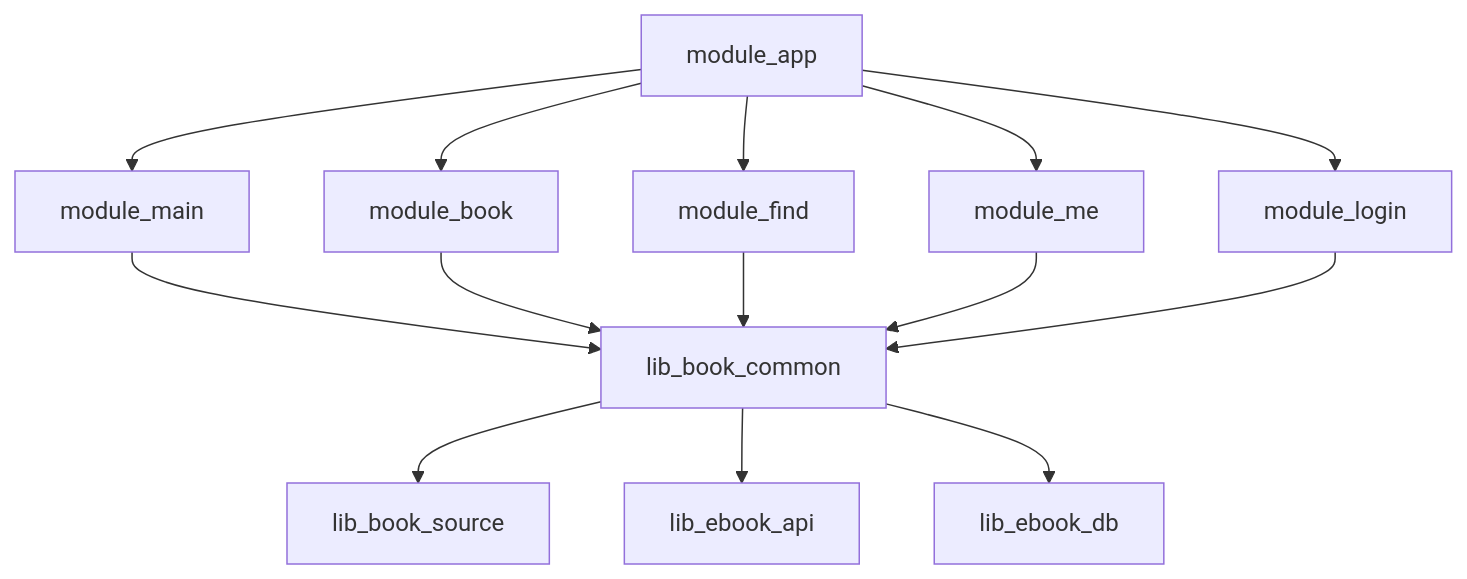
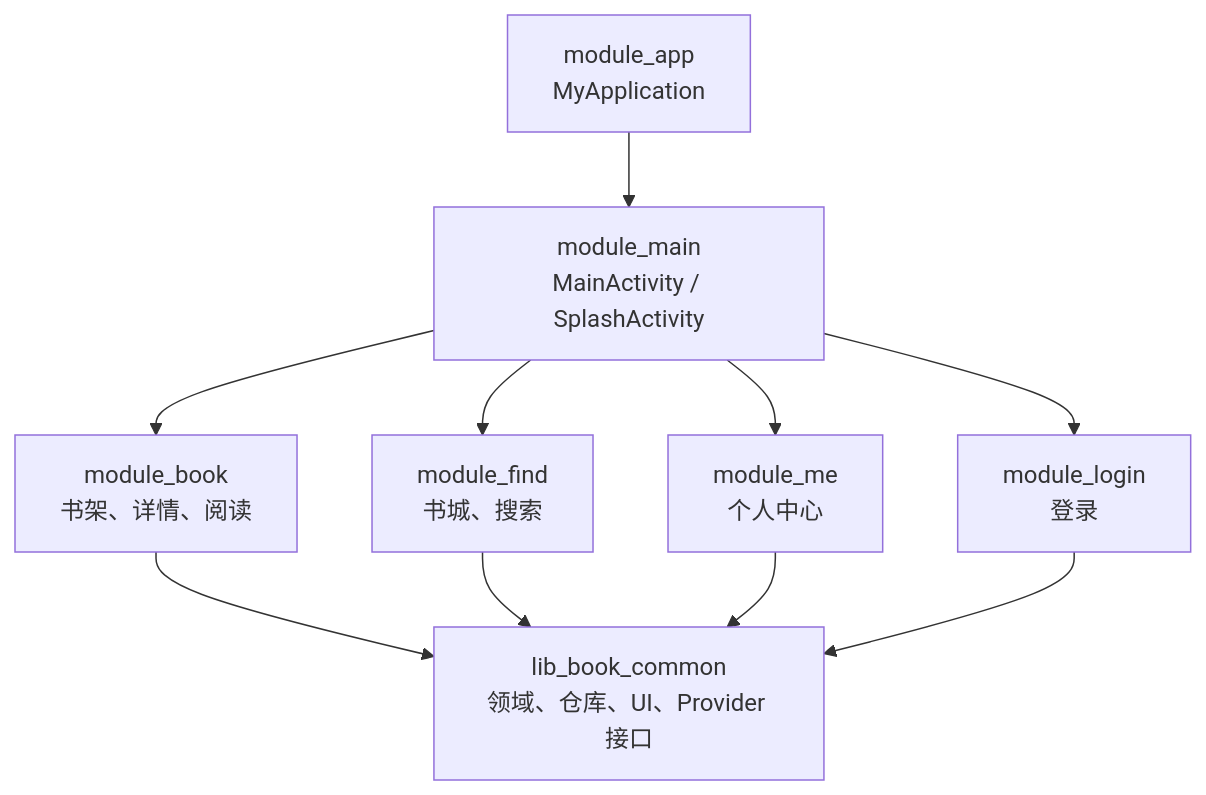
Before and after one commit to xrn1997/android-ebook: the first of 12 diagrams in .qoder/repowiki/zh/content/核心模块/核心模块.md, drawn with Mermaid. The commit also changed other lines of this file and 456 other files, not shown here.

````diff
--- a/.qoder/repowiki/zh/content/核心模块/核心模块.md
+++ b/.qoder/repowiki/zh/content/核心模块/核心模块.md
@@ -35,16 +51,12 @@
 ```mermaid
 graph TB
-    A["module_app"] --> B["module_main"]
-    A --> C["module_book"]
-    A --> D["module_find"]
-    A --> E["module_me"]
-    A --> F["module_login"]
-    B --> G["lib_book_common"]
-    C --> G
-    D --> G
-    E --> G
-    F --> G
-    G --> H["lib_book_source"]
-    G --> I["lib_ebook_api"]
-    G --> J["lib_ebook_db"]
+    App["module_app<br/>MyApplication"] --> Main["module_main<br/>MainActivity / SplashActivity"]
+    Main --> BookTab["module_book<br/>书架、详情、阅读"]
+    Main --> FindTab["module_find<br/>书城、搜索"]
+    Main --> MeTab["module_me<br/>个人中心"]
+    Main --> Login["module_login<br/>登录"]
+    BookTab --> Common["lib_book_common<br/>领域、仓库、UI、Provider 接口"]
+    FindTab --> Common
+    MeTab --> Common
+    Login --> Common
 ```
````
